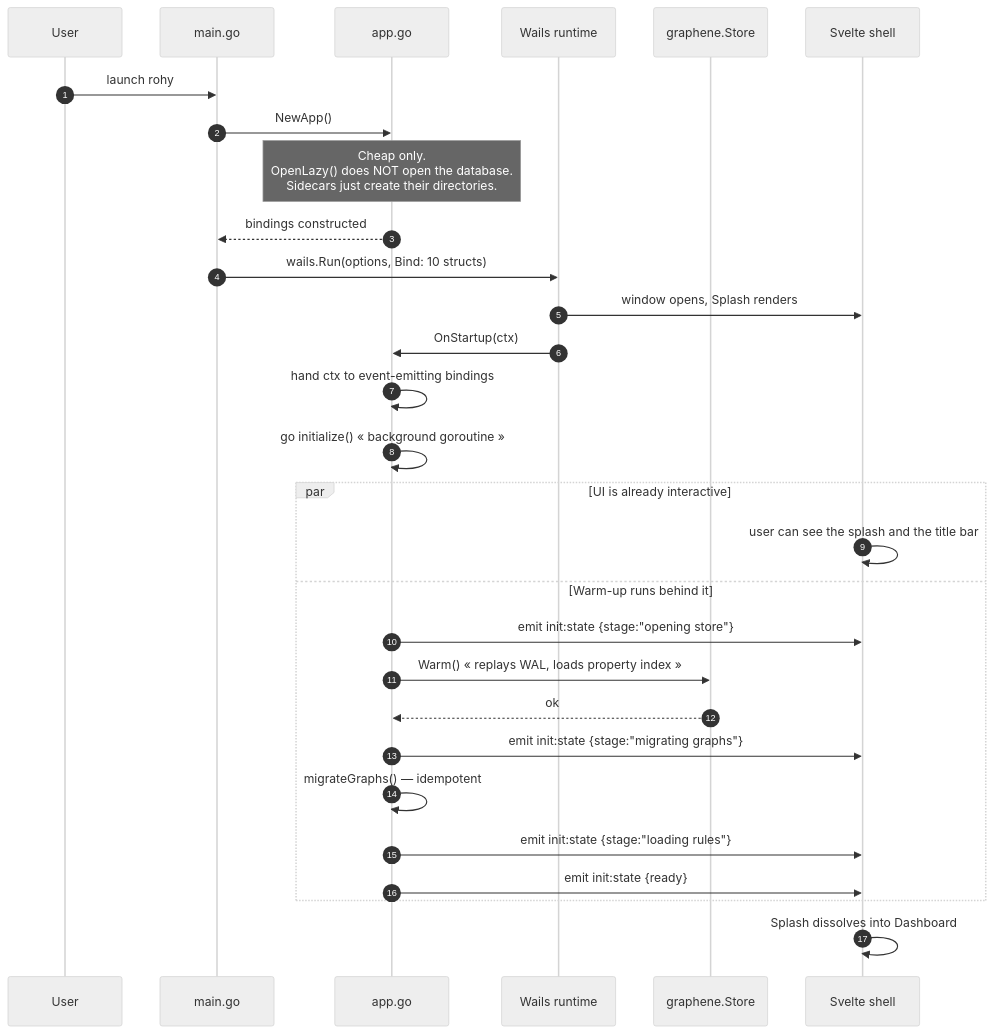
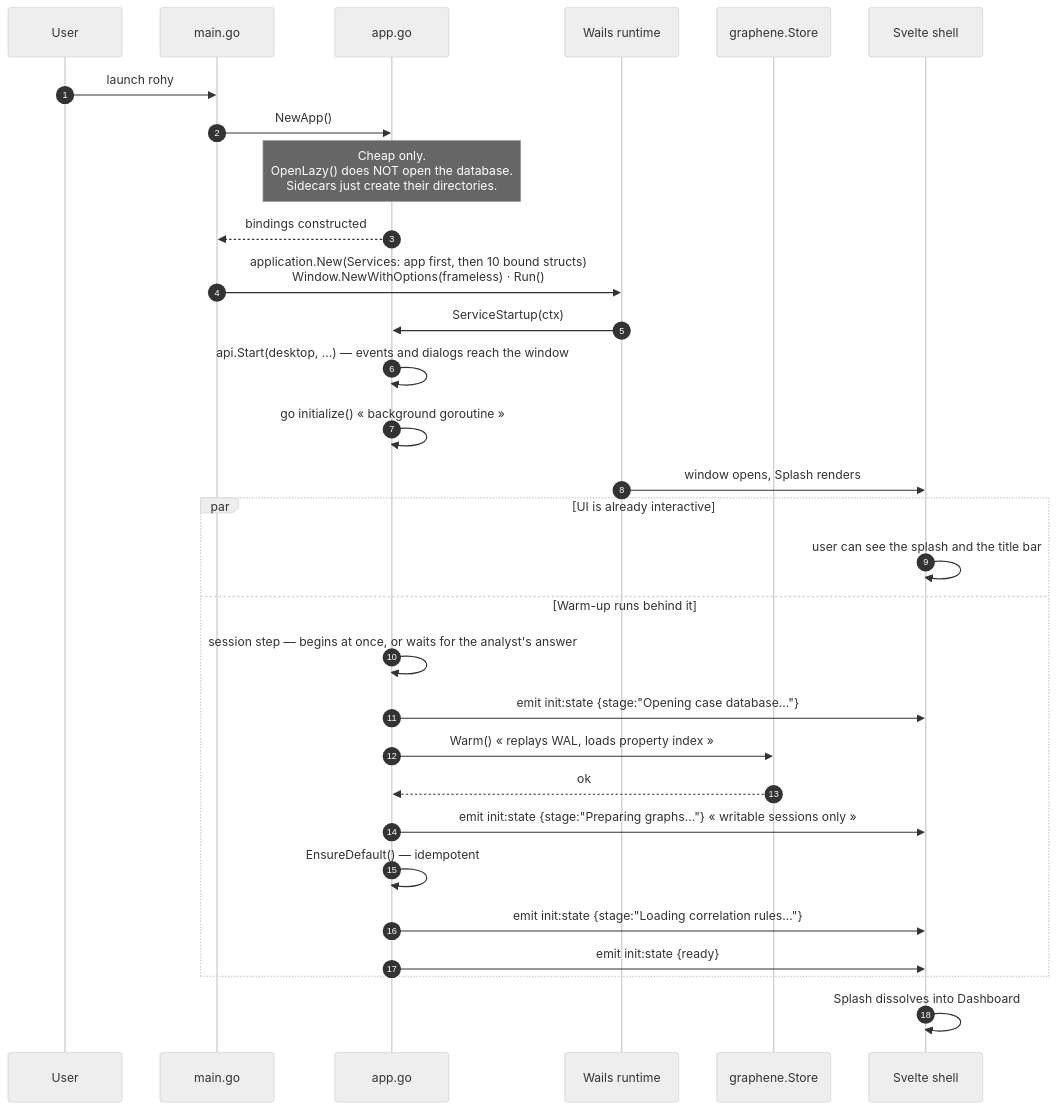
Before and after one commit to aoiflux/rohy: the third of 22 diagrams in LLD.md, drawn with Mermaid (neutral theme). The commit also changed other lines of this file and 5 other files, not shown here.

````diff
--- a/LLD.md
+++ b/LLD.md
@@ -269,34 +271,35 @@
 ```mermaid
 sequenceDiagram
     autonumber
     participant U as User
     participant M as main.go
     participant A as app.go
     participant W as Wails runtime
     participant S as graphene.Store
     participant UI as Svelte shell
 
     U->>M: launch rohy
     M->>A: NewApp()
     Note over A: Cheap only.<br/>OpenLazy() does NOT open the database.<br/>Sidecars just create their directories.
     A-->>M: bindings constructed
-    M->>W: wails.Run(options, Bind: 10 structs)
+    M->>W: application.New(Services: app first, then 10 bound structs)<br/>Window.NewWithOptions(frameless) · Run()
+    W->>A: ServiceStartup(ctx)
+    A->>A: api.Start(desktop, …) — events and dialogs reach the window
+    A->>A: go initialize()   « background goroutine »
     W->>UI: window opens, Splash renders
-    W->>A: OnStartup(ctx)
-    A->>A: hand ctx to event-emitting bindings
-    A->>A: go initialize()   « background goroutine »
 
     par UI is already interactive
         UI->>UI: user can see the splash and the title bar
     and Warm-up runs behind it
-        A->>UI: emit init:state {stage:"opening store"}
+        A->>A: session step — begins at once, or waits for the analyst's answer
+        A->>UI: emit init:state {stage:"Opening case database…"}
         A->>S: Warm()  « replays WAL, loads property index »
         S-->>A: ok
-        A->>UI: emit init:state {stage:"migrating graphs"}
-        A->>A: migrateGraphs() — idempotent
-        A->>UI: emit init:state {stage:"loading rules"}
+        A->>UI: emit init:state {stage:"Preparing graphs…"}  « writable sessions only »
+        A->>A: EnsureDefault() — idempotent
+        A->>UI: emit init:state {stage:"Loading correlation rules…"}
         A->>UI: emit init:state {ready}
     end
 
     UI->>UI: Splash dissolves into Dashboard
 ```
````
